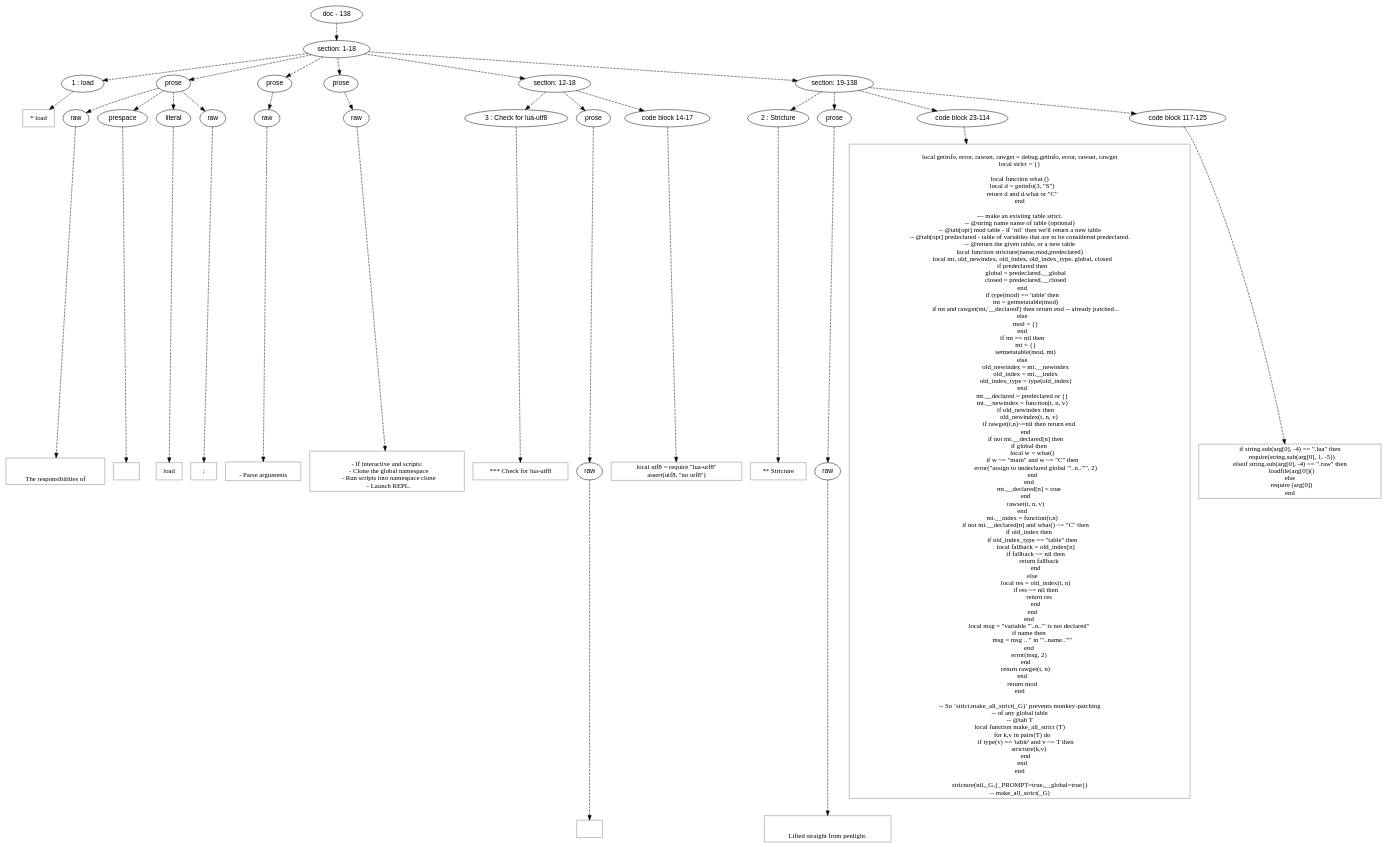
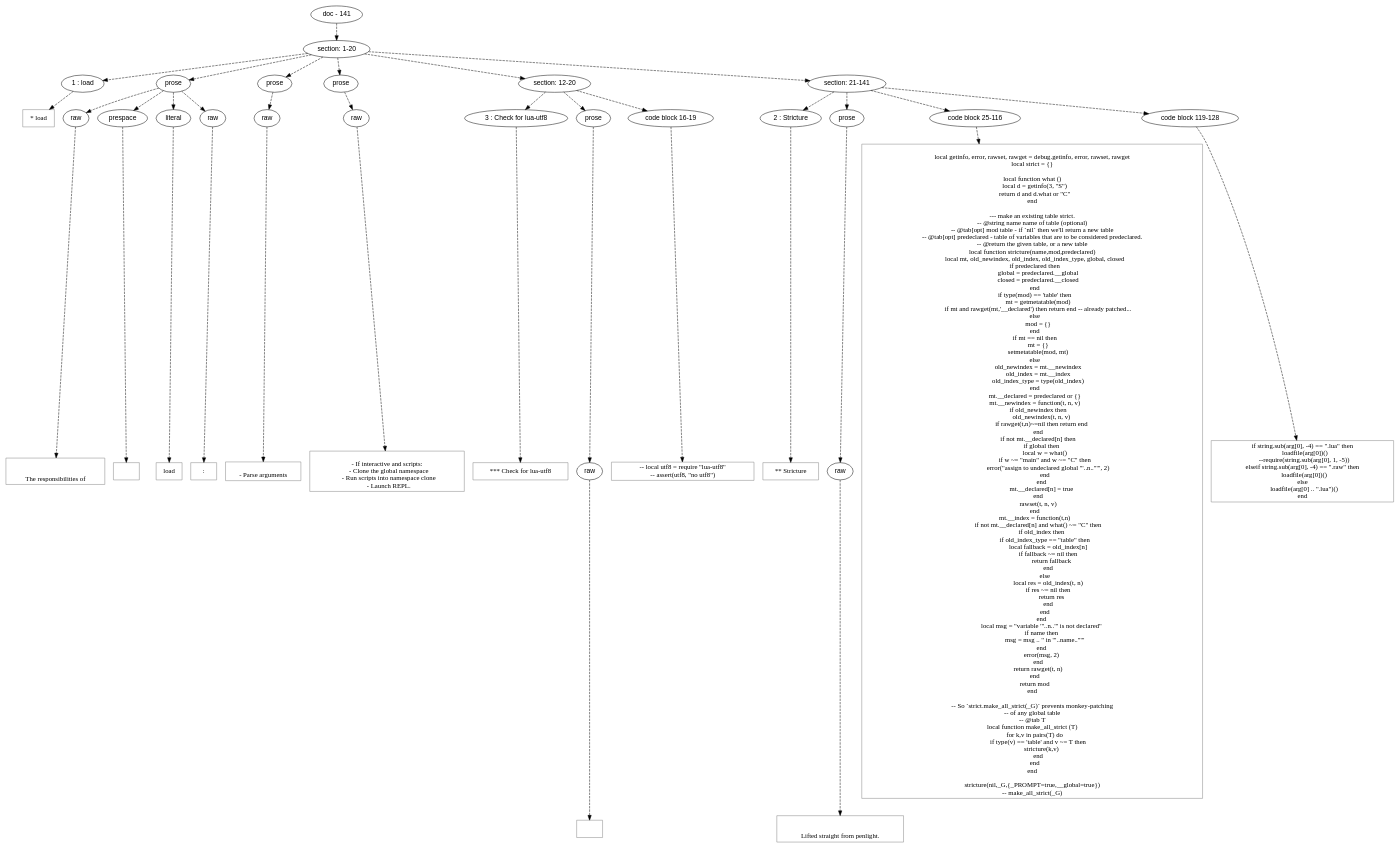
One commit to orb-lang/pylon changed the diagram in doc/dot/load.dot. Above: the diagram before and after it, drawn with Graphviz. The commit also changed 21 other files, not shown here.

```diff
--- a/doc/dot/load.dot
+++ b/doc/dot/load.dot
@@ -3,13 +3,13 @@
 node [fontname=Helvetica]
 edge [style=dashed]
 
-doc_0 [label="doc - 138"]
+doc_0 [label="doc - 141"]
 
 
 doc_0 -> { section_1}
 {rank=same; section_1}
 
-section_1 [label="section: 1-18"]
+section_1 [label="section: 1-20"]
 
 
 // END RANK doc_0
@@ -25,9 +25,9 @@
 
 prose_5 [label="prose"]
 
-section_6 [label="section: 12-18"]
+section_6 [label="section: 12-20"]
 
-section_7 [label="section: 19-138"]
+section_7 [label="section: 21-141"]
 
 
 // END RANK section_1
@@ -107,7 +107,7 @@
 
 prose_22 [label="prose"]
 
-codeblock_23 [label="code block 14-17"]
+codeblock_23 [label="code block 16-19"]
 
 
 // END RANK section_6
@@ -130,8 +130,8 @@
 // END RANK raw_25
 
 codeblock_23 -> leaf_27
-leaf_27  [color=Gray,shape=rectangle,fontname=Inconsolata,label="local utf8 = require \"lua-utf8\"
-assert(utf8, \"no utf8\")"]
+leaf_27  [color=Gray,shape=rectangle,fontname=Inconsolata,label="-- local utf8 = require \"lua-utf8\"
+-- assert(utf8, \"no utf8\")"]
 // END RANK codeblock_23
 
 section_7 -> { header_28 prose_29 codeblock_30 codeblock_31}
@@ -141,9 +141,9 @@
 
 prose_29 [label="prose"]
 
-codeblock_30 [label="code block 23-114"]
+codeblock_30 [label="code block 25-116"]
 
-codeblock_31 [label="code block 117-125"]
+codeblock_31 [label="code block 119-128"]
 
 
 // END RANK section_7
@@ -262,11 +262,12 @@
 
 codeblock_31 -> leaf_36
 leaf_36  [color=Gray,shape=rectangle,fontname=Inconsolata,label="if string.sub(arg[0], -4) == \".lua\" then
-   require(string.sub(arg[0], 1, -5))
+    loadfile(arg[0])()
+   --require(string.sub(arg[0], 1, -5))
 elseif string.sub(arg[0], -4) == \".raw\" then
    loadfile(arg[0])()
 else
-   require (arg[0])
+   loadfile(arg[0] .. \".lua\")()
 end"]
 // END RANK codeblock_31
 
```
